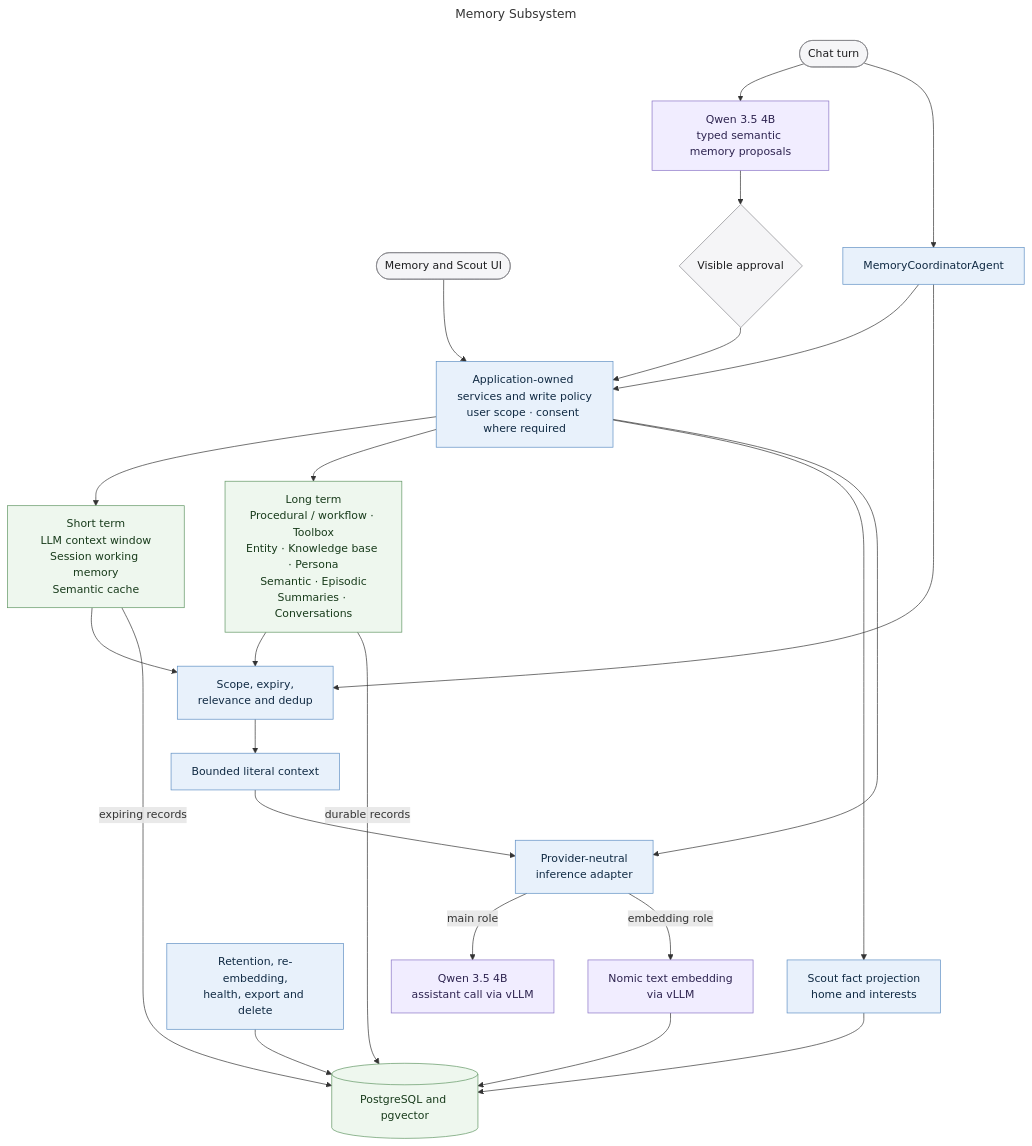
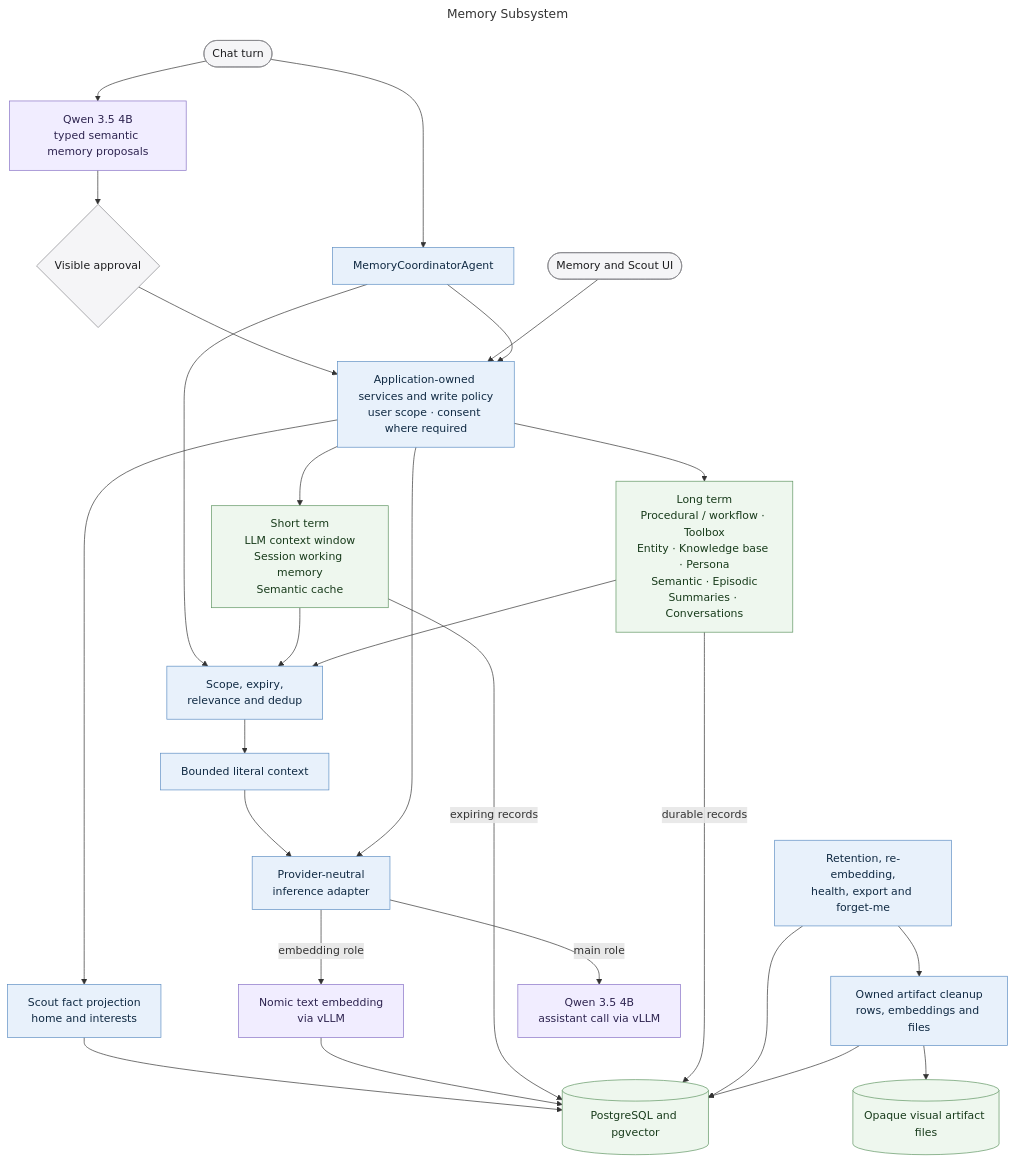
Before and after one commit to MallyaAni/PersonalAssistant: the diagram in docs/diagrams/memory-subsystem.mmd, drawn with Mermaid. The commit also changed 34 other files, not shown here.

First line of the commit message:
Delete personal memory also deletes owned artifacts

```diff
--- a/docs/diagrams/memory-subsystem.mmd
+++ b/docs/diagrams/memory-subsystem.mmd
@@ -1,51 +1,56 @@
 ---
 title: Memory Subsystem
 ---
 flowchart TB
     Chat([Chat turn])
     UI([Memory and Scout UI])
 
     Proposal[Qwen 3.5 4B<br/>typed semantic memory proposals]
     Review{Visible approval}
     Coordinator[MemoryCoordinatorAgent]
     Services[Application-owned services and write policy<br/>user scope · consent where required]
     Retrieval[Scope, expiry,<br/>relevance and dedup]
     Context[Bounded literal context]
 
     Short[Short term<br/>LLM context window<br/>Session working memory<br/>Semantic cache]
     Long[Long term<br/>Procedural / workflow · Toolbox<br/>Entity · Knowledge base · Persona<br/>Semantic · Episodic<br/>Summaries · Conversations]
 
     Inference[Provider-neutral<br/>inference adapter]
     TextEmbed[Nomic text embedding<br/>via vLLM]
     Database[(PostgreSQL and pgvector)]
-    Maintenance[Retention, re-embedding,<br/>health, export and delete]
+    Files[(Opaque visual artifact files)]
+    Maintenance[Retention, re-embedding,<br/>health, export and forget-me]
+    ArtifactCleanup[Owned artifact cleanup<br/>rows, embeddings and files]
     Discovery[Scout fact projection<br/>home and interests]
 
     Main[Qwen 3.5 4B<br/>assistant call via vLLM]
 
     Chat --> Proposal --> Review --> Services
     Chat --> Coordinator
     UI --> Services
     Coordinator --> Services
     Services --> Short
     Services --> Long
     Services --> Discovery --> Database
     Coordinator --> Retrieval
     Short --> Retrieval
     Long --> Retrieval
     Retrieval --> Context --> Inference
     Inference -->|main role| Main
     Services --> Inference
     Inference -->|embedding role| TextEmbed --> Database
     Short -->|expiring records| Database
     Long -->|durable records| Database
     Maintenance --> Database
+    Maintenance --> ArtifactCleanup
+    ArtifactCleanup --> Database
+    ArtifactCleanup --> Files
 
     classDef interface fill:#f5f5f7,stroke:#86868b,color:#1d1d1f;
     classDef application fill:#e8f1fb,stroke:#5e8fc4,color:#102a43;
     classDef data fill:#eef7ee,stroke:#5f9562,color:#183b1b;
     classDef model fill:#f1edff,stroke:#8872c6,color:#2e2450;
     class Chat,UI,Review interface;
-    class Coordinator,Services,Retrieval,Context,Inference,Maintenance,Discovery application;
-    class Short,Long,Database data;
+    class Coordinator,Services,Retrieval,Context,Inference,Maintenance,ArtifactCleanup,Discovery application;
+    class Short,Long,Database,Files data;
     class TextEmbed,Main,Proposal model;
```
